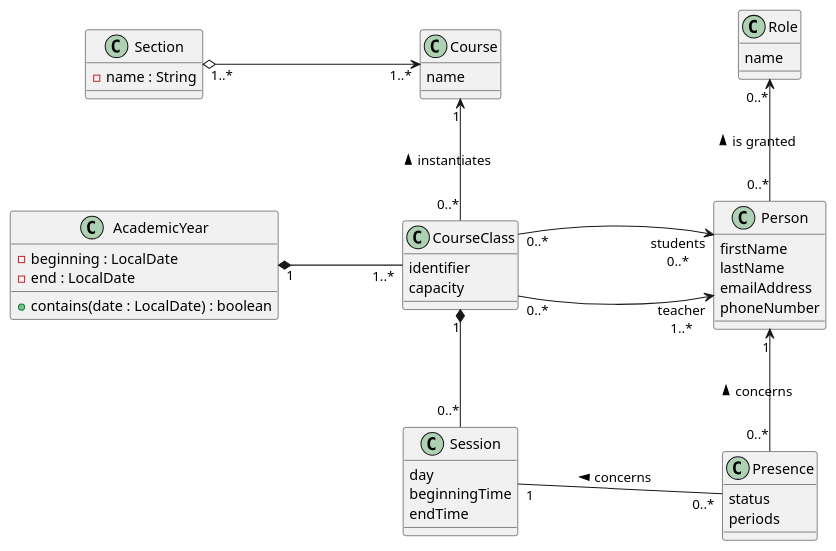
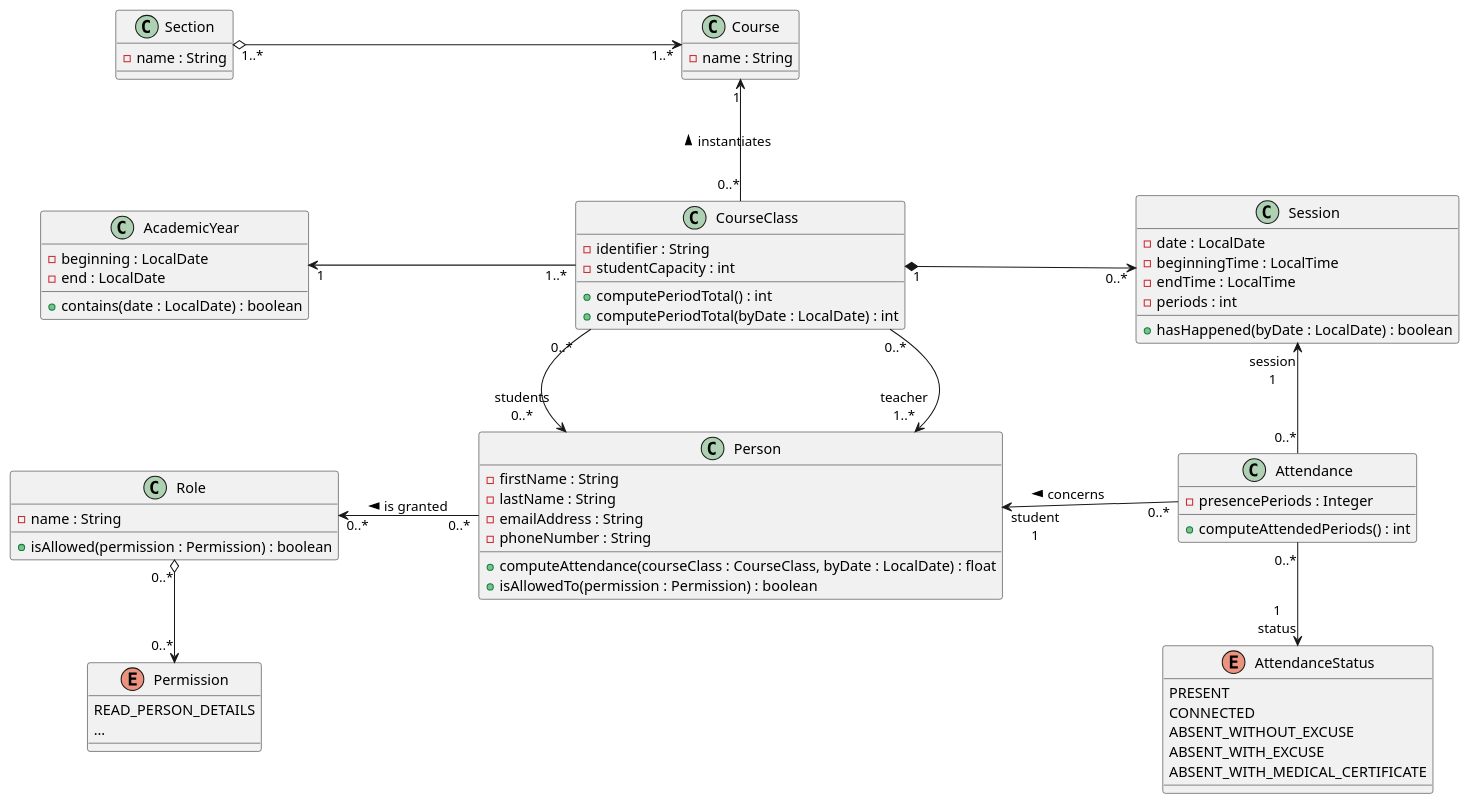
Before and after one commit to EAFC-Uccle-PROJINT-A1-2122/backend-projet-froland: the diagram in demo-course_attendance.puml, drawn with PlantUML.

Commit message:
Modified class diagram.

```diff
--- a/demo-course_attendance.puml
+++ b/demo-course_attendance.puml
@@ -1,50 +1,68 @@
 @startuml conception_classes
 left to right direction
 skinparam nodesep 100
-skinparam ranksep 120
 
 class Section {
+  -name : String
+}
+class Course {
   -name : String
 }
 class AcademicYear {
   -beginning : LocalDate
   -end : LocalDate
   +contains(date : LocalDate) : boolean
 }
+enum Permission {
+  READ_PERSON_DETAILS
+  ...
+}
+class Role {
+  -name : String
+  +isAllowed(permission : Permission) : boolean
+}
 class Person {
-  firstName
-  lastName
-  emailAddress
-  phoneNumber
+  -firstName : String
+  -lastName : String
+  -emailAddress : String
+  -phoneNumber : String
+  +computeAttendance(courseClass : CourseClass, byDate : LocalDate) : float
+  +isAllowedTo(permission : Permission) : boolean
 }
-class Course {
-  name
+class Session {
+  -date : LocalDate
+  -beginningTime : LocalTime
+  -endTime : LocalTime
+  -periods : int
+  +hasHappened(byDate : LocalDate) : boolean
+}
+class Attendance {
+  -presencePeriods : Integer
+  +computeAttendedPeriods() : int
+}
+enum AttendanceStatus {
+  PRESENT
+  CONNECTED
+  ABSENT_WITHOUT_EXCUSE
+  ABSENT_WITH_EXCUSE
+  ABSENT_WITH_MEDICAL_CERTIFICATE
 }
 class CourseClass {
-  identifier
-  capacity
-}
-class Session {
-  day
-  beginningTime
-  endTime
-}
-class Presence {
-  status
-  periods
-}
-
-class Role {
-  name
+  -identifier : String
+  -studentCapacity : int
+  +computePeriodTotal() : int
+  +computePeriodTotal(byDate : LocalDate) : int
 }
 
 Section "1..*" o--> "1..*" Course
 Course "1" <- "0..*" CourseClass : instantiates <
-AcademicYear "1" *-- "1..*" CourseClass
-CourseClass "0..*" --> "teacher\n1..*" Person
-CourseClass "0..*" --> "students\n0..*" Person
-CourseClass "1" *- "0..*" Session
-Role "0..*" <- "0..*" Person : is granted <
-Person "1" <- "0..*" Presence : concerns <
-Session "1" -- "0..*" Presence : concerns <
+AcademicYear "1" <-- "1..*" CourseClass
+CourseClass "0..*" -> "teacher\n1..*" Person
+CourseClass "0..*" -> "students\n0..*" Person
+CourseClass "1" *--> "0..*" Session
+Role "0..*" <-- "0..*" Person : is granted <
+Role "0..*" o-> "0..*" Permission
+Person "student\n1" <- "0..*" Attendance : concerns <
+Session "session\n1" <- "0..*" Attendance
+Attendance "0..*" -> "1\nstatus" AttendanceStatus
 @enduml
```
